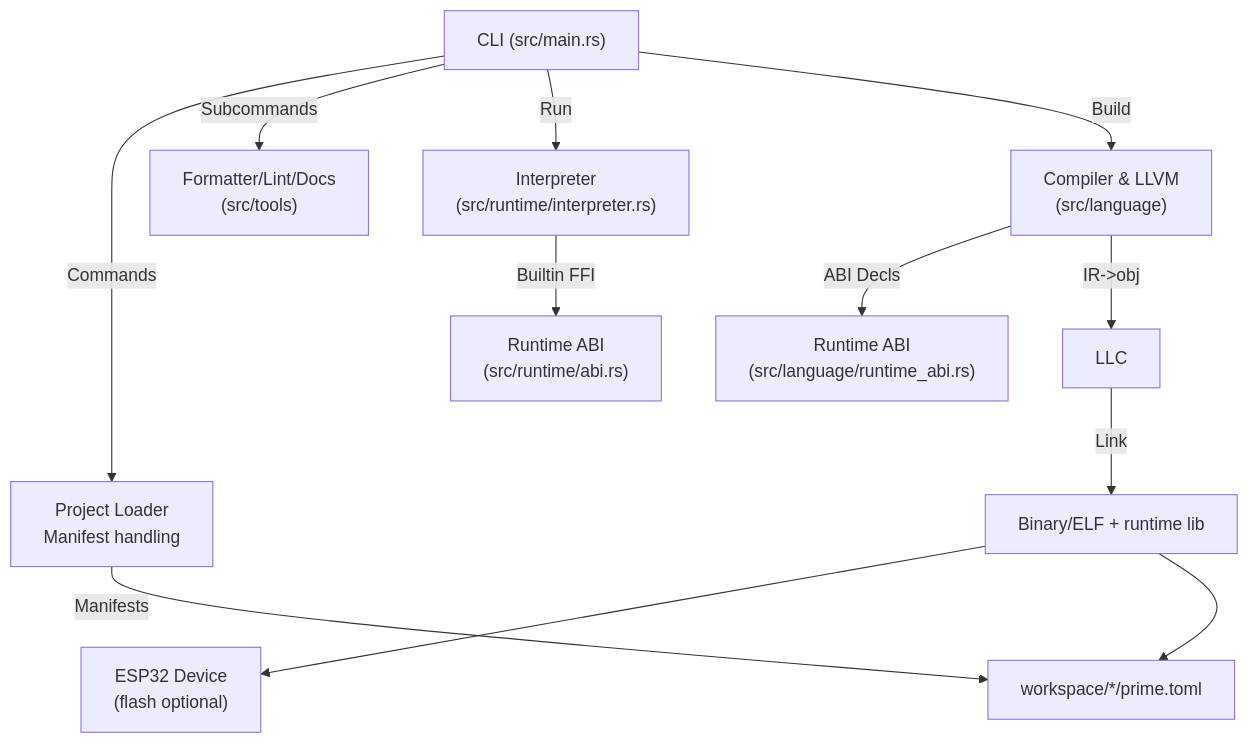
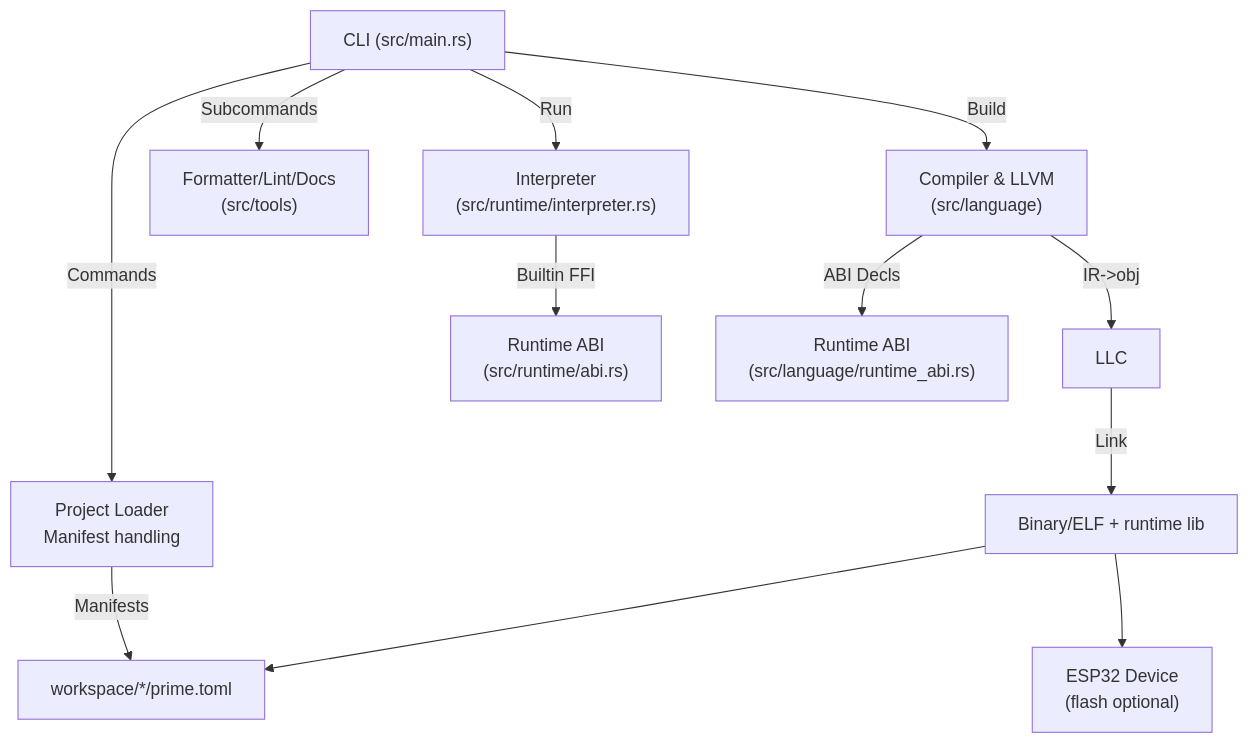
Before and after one commit to ASoldo/prime-lang: the first of 5 diagrams in docs/Architecture.md, drawn with Mermaid. The commit also changed other lines of this file, not shown here.

````diff
--- a/docs/Architecture.md
+++ b/docs/Architecture.md
@@ -7,14 +7,14 @@
 ```mermaid
 graph TD
   A["CLI (src/main.rs)"] -->|Commands| B["Project Loader<br/>Manifest handling"]
   A -->|Subcommands| C["Formatter/Lint/Docs<br/>(src/tools)"]
   A -->|Run| D["Interpreter<br/>(src/runtime/interpreter.rs)"]
   A -->|Build| E["Compiler & LLVM<br/>(src/language)"]
   E -->|ABI Decls| F["Runtime ABI<br/>(src/language/runtime_abi.rs)"]
   E -->|IR-&gt;obj| G["LLC"]
   G -->|Link| H["Binary/ELF + runtime lib"]
+  H --> J["Host run (native)"]
   H --> I["ESP32 Device<br/>(flash optional)"]
-  H --> J["Host run (native)"]
   B -->|Manifests| J["workspace/*/prime.toml"]
   D -->|Builtin FFI| K["Runtime ABI<br/>(src/runtime/abi.rs)"]
 ```
````
